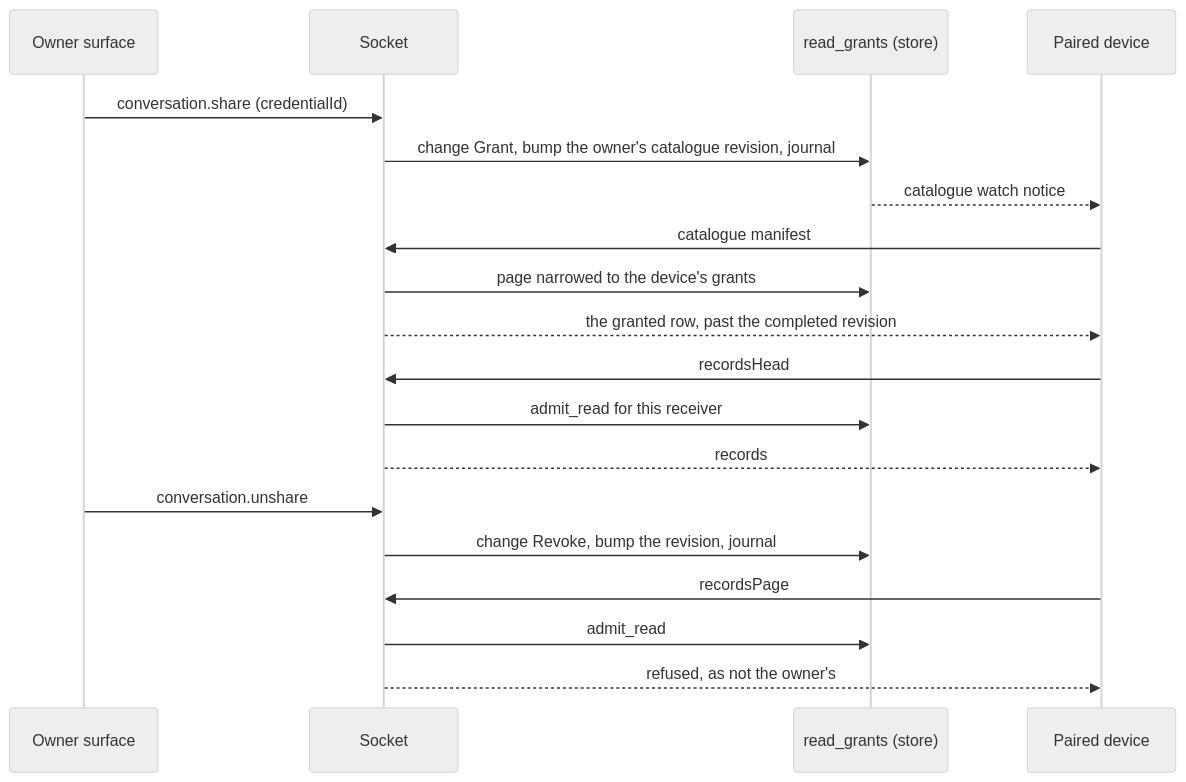
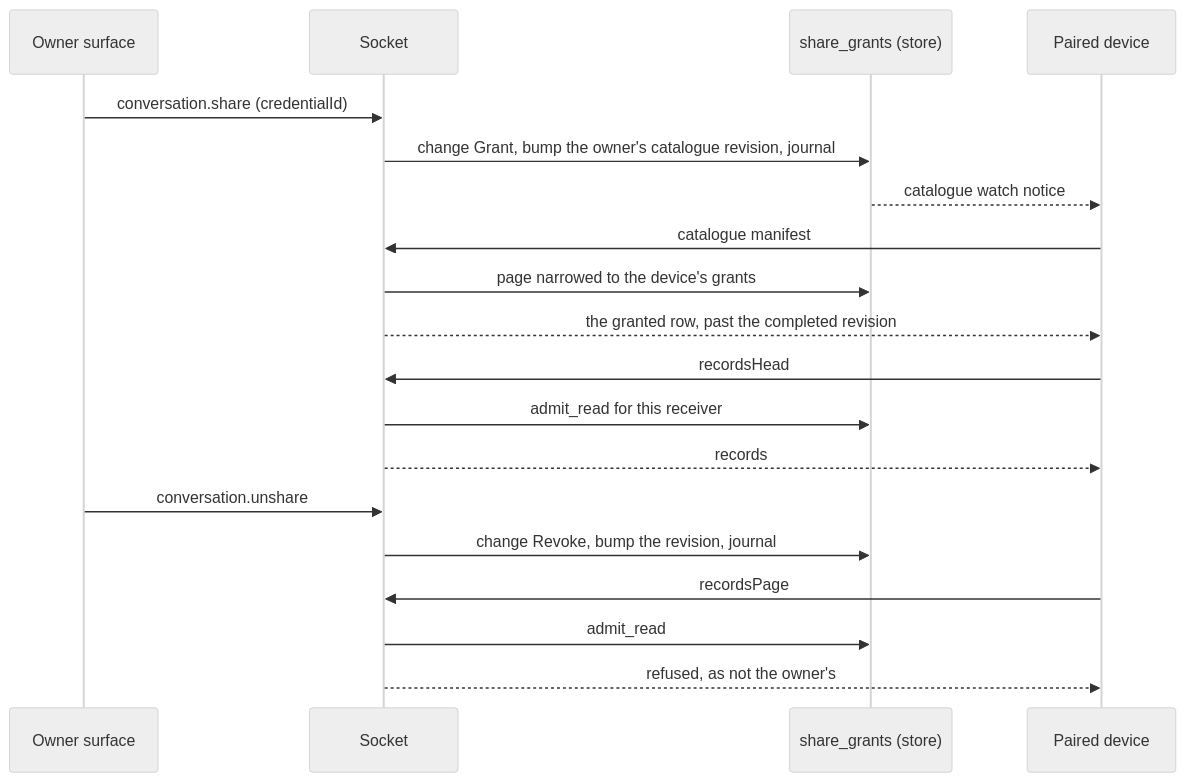
The first of 2 diagrams in docs/design/read-grants.md (nessalabs/nessa-agent), drawn with Mermaid (neutral theme) before and after one commit. The commit also changed other lines of this file and 39 other files, not shown here.

First line of the commit message:
Share grants gain a role and, for Drive, a tool policy (slice J1 of #707) (#787)

````diff
--- a/docs/design/read-grants.md
+++ b/docs/design/read-grants.md
@@ -92,21 +98,21 @@
 ```mermaid
 sequenceDiagram
     participant Owner as Owner surface
     participant Socket
-    participant Grants as read_grants (store)
+    participant Grants as share_grants (store)
     participant Device as Paired device
     Owner->>Socket: conversation.share (credentialId)
     Socket->>Grants: change Grant, bump the owner's catalogue revision, journal
     Grants-->>Device: catalogue watch notice
     Device->>Socket: catalogue manifest
     Socket->>Grants: page narrowed to the device's grants
     Socket-->>Device: the granted row, past the completed revision
     Device->>Socket: recordsHead
     Socket->>Grants: admit_read for this receiver
     Socket-->>Device: records
     Owner->>Socket: conversation.unshare
     Socket->>Grants: change Revoke, bump the revision, journal
     Device->>Socket: recordsPage
     Socket->>Grants: admit_read
     Socket-->>Device: refused, as not the owner's
 ```
````
